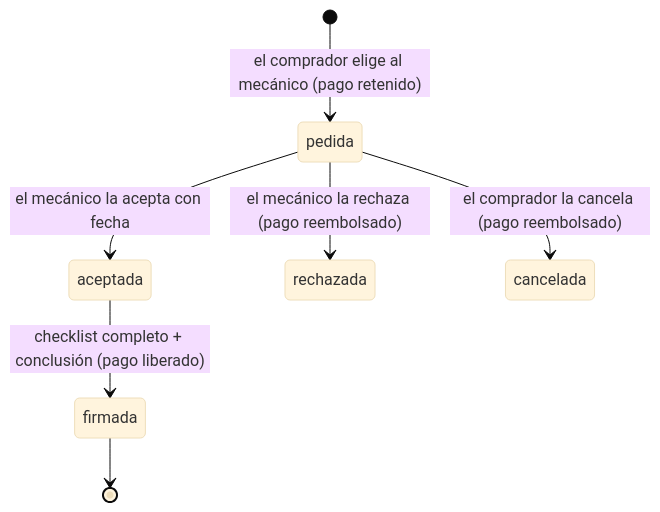
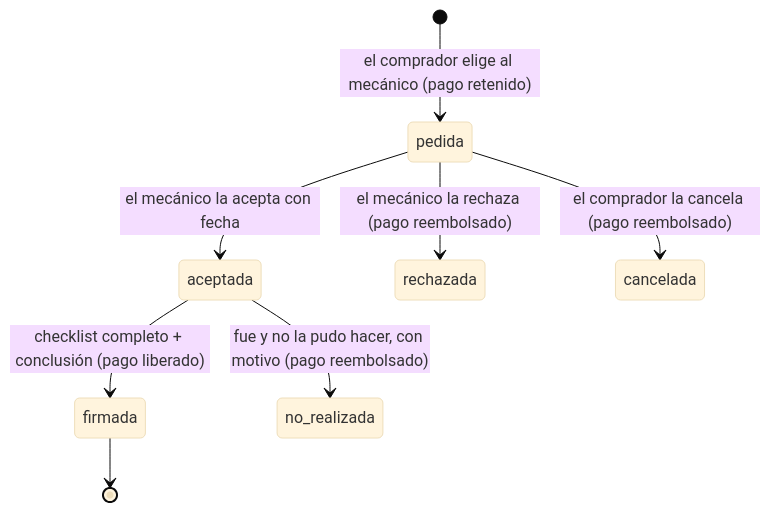
One commit to MateoPonti/AutoCarBackend changed the third of 3 diagrams in docs/inspecciones.md. Above: the diagram before and after it, drawn with Mermaid (base theme). The commit also changed other lines of this file and 1 other file, not shown here.

Commit message:
docs: inspección no realizada, claves de marca y modelo y marcas que no están en el catálogo

````diff
--- a/docs/inspecciones.md
+++ b/docs/inspecciones.md
@@ -73,9 +73,10 @@
 ```mermaid
 stateDiagram-v2
   [*] --> pedida: el comprador elige al mecánico (pago retenido)
   pedida --> aceptada: el mecánico la acepta con fecha
   pedida --> rechazada: el mecánico la rechaza (pago reembolsado)
   pedida --> cancelada: el comprador la cancela (pago reembolsado)
   aceptada --> firmada: checklist completo + conclusión (pago liberado)
+  aceptada --> no_realizada: fue y no la pudo hacer, con motivo (pago reembolsado)
   firmada --> [*]
 ```
````
